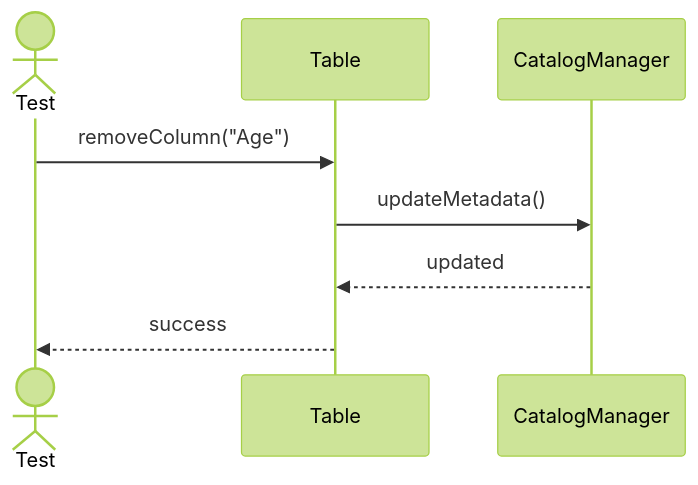
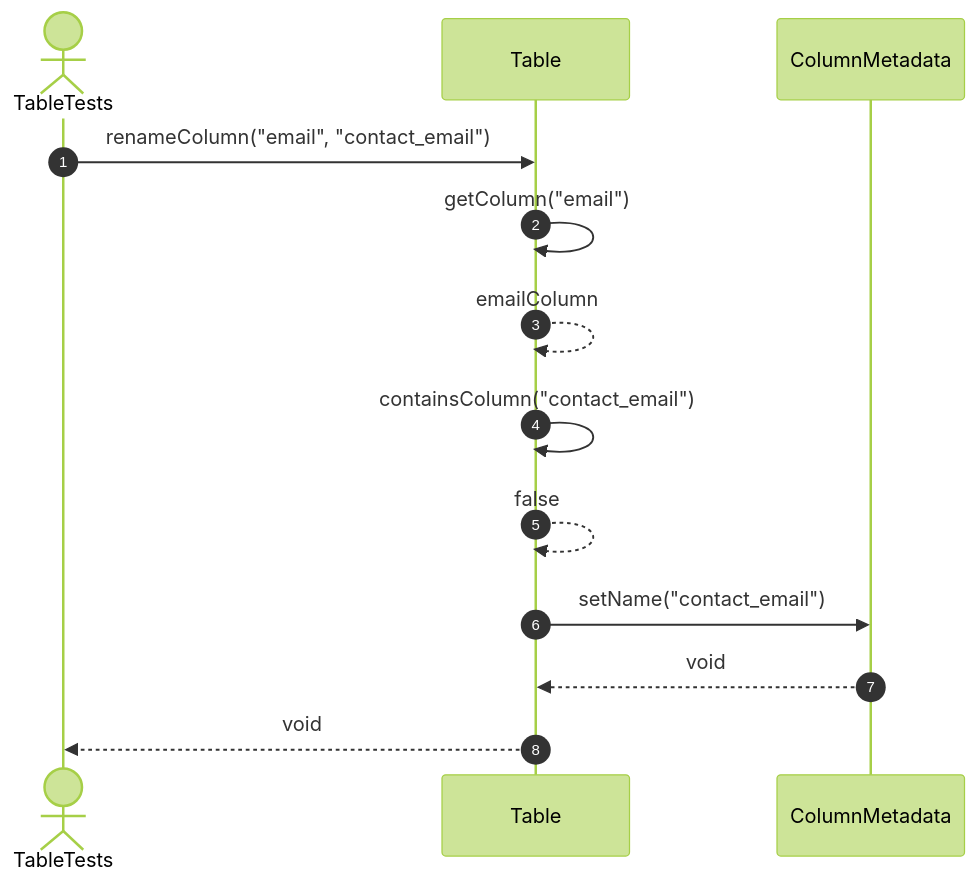
The seventh of 20 diagrams in src/tests/unit/metadata/sequences/tables-testing.se.md (FhuAnn/-bbv-AN-s-DBMS), drawn with Mermaid (forest theme) before and after one commit. The commit also changed other lines of this file and 60 other files, not shown here.

Commit message:
refactor data table, row, column, constraint, index test file

````diff
--- a/src/tests/unit/metadata/sequences/tables-testing.se.md
+++ b/src/tests/unit/metadata/sequences/tables-testing.se.md
@@ -135,14 +120,16 @@
 ```mermaid
 sequenceDiagram
-actor Test
-participant Table
-participant CatalogManager
+    autonumber
+    actor Test as TableTests
+    participant Table as Table
+    participant Column as ColumnMetadata
 
-Test->>Table: removeColumn("Age")
-
-Table->>CatalogManager: updateMetadata()
-
-CatalogManager-->>Table: updated
-
-Table-->>Test: success
+    Test->>Table: renameColumn("email", "contact_email")
+    Table->>Table: getColumn("email")
+    Table-->>Table: emailColumn
+    Table->>Table: containsColumn("contact_email")
+    Table-->>Table: false
+    Table->>Column: setName("contact_email")
+    Column-->>Table: void
+    Table-->>Test: void
 ```
````
